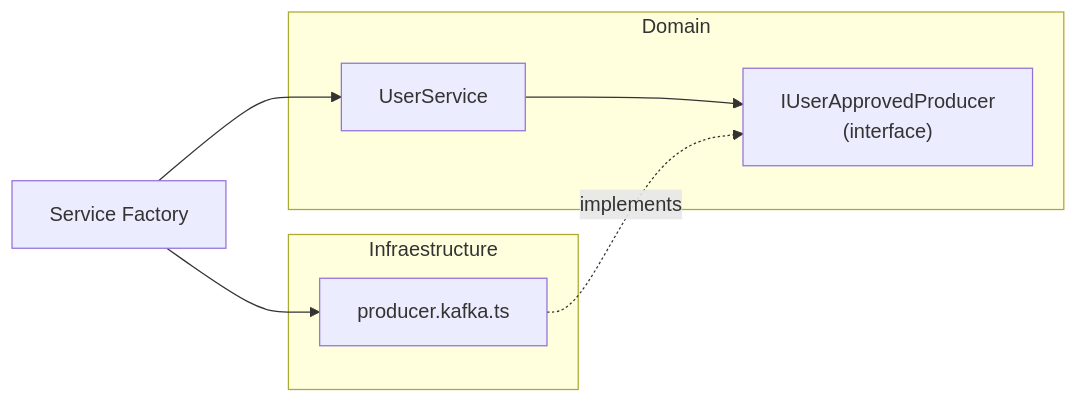
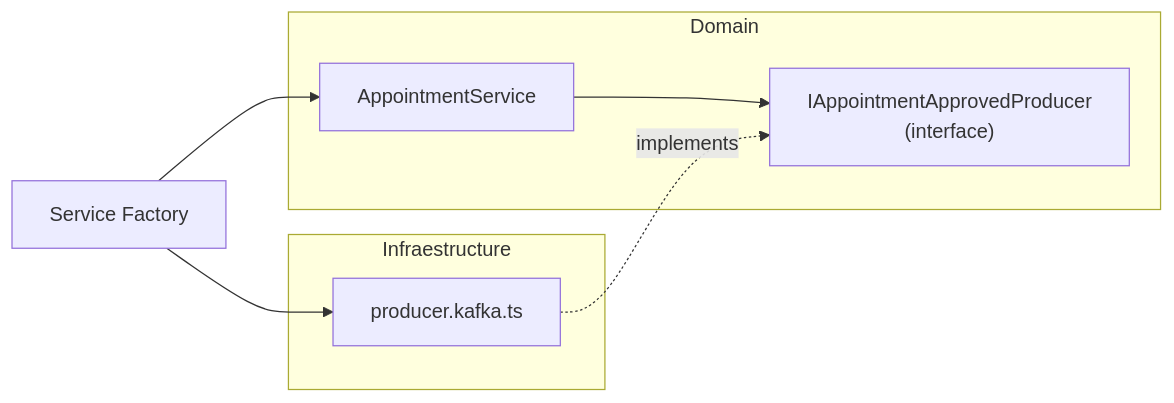
One commit to FilipePaixao/api-fin-control changed the eighth of 8 diagrams in docs/arquitetura-e-camadas.md. Above: the diagram before and after it, drawn with Mermaid. The commit also changed other lines of this file and 14 other files, not shown here.

Commit message:
feat: add new agents and rules for architectural review, development, testing, and verification in Node.js/TypeScript project

````diff
--- a/docs/arquitetura-e-camadas.md
+++ b/docs/arquitetura-e-camadas.md
@@ -221,16 +221,16 @@
 ```mermaid
 flowchart LR
   subgraph domainKafka["Domain"]
-    PKI["IUserApprovedProducer\n(interface)"]
-    S2["UserService"]
+    PKI["IAppointmentApprovedProducer\n(interface)"]
+    S2["AppointmentService"]
     S2 --> PKI
   end
 
   subgraph infraKafka["Infraestructure"]
     PK["producer.kafka.ts"]
     PK -.->|implements| PKI
   end
 
   FACT["Service Factory"] --> PK
   FACT --> S2
 ```
````
